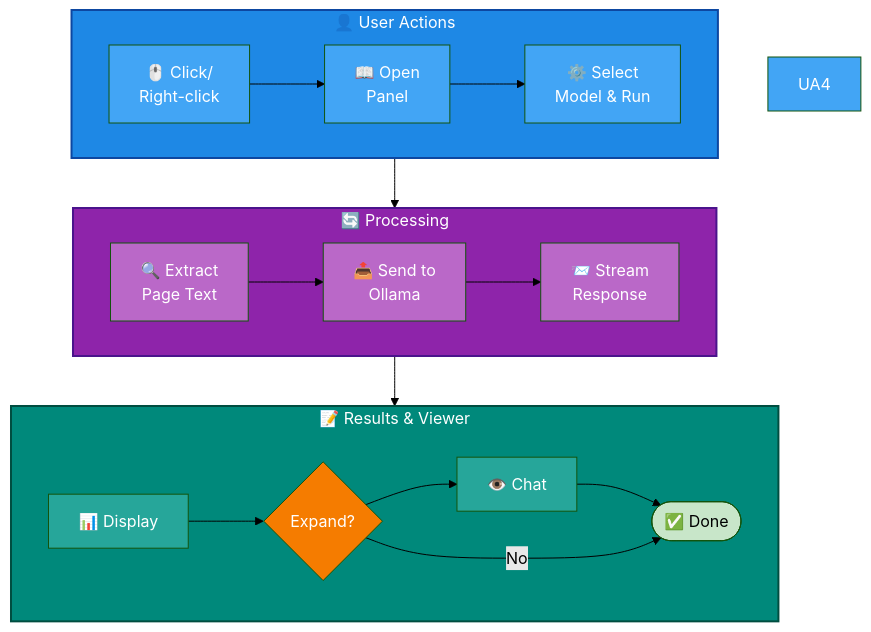
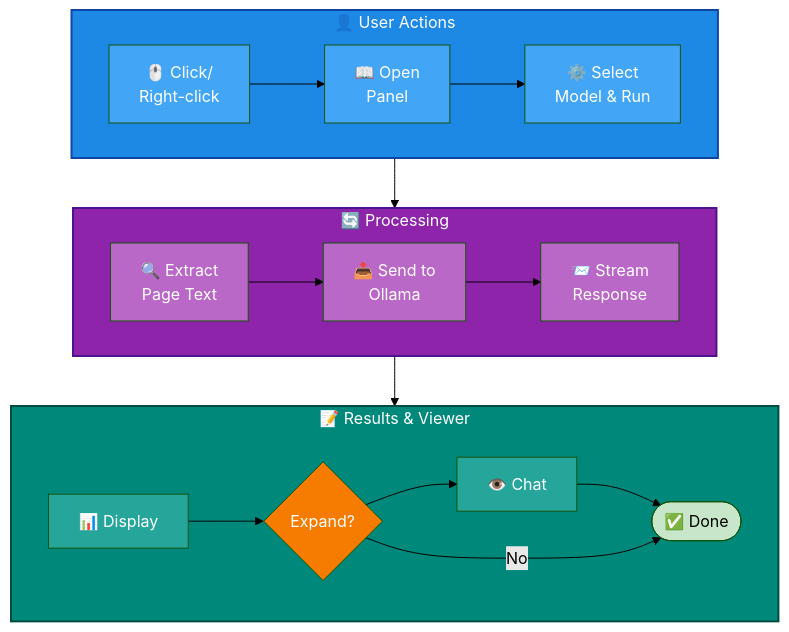
Before and after one commit to ioncat/llm-onpage-summarizer: the diagram in README.md, drawn with Mermaid (forest theme). The commit also changed other lines of this file, not shown here.

Commit message:
docs: remove stale UA4 style and leftover ### from diagram

````diff
--- a/README.md
+++ b/README.md
@@ -24,33 +24,32 @@
 ```mermaid
 graph TD
     subgraph UA["👤 User Actions"]
         UA1["🖱️ Click/<br/>Right-click"] --> UA2["📖 Open<br/>Panel"] --> UA3["⚙️ Select<br/>Model & Run"]
     end
 
     subgraph OL["🔄 Processing"]
         OL1["🔍 Extract<br/>Page Text"] --> OL2["📤 Send to<br/>Ollama"] --> OL3["📨 Stream<br/>Response"]
     end
 
     subgraph RES["📝 Results & Viewer"]
         RES1["📊 Display"] --> RES2{Expand?} --> RES3["👁️ Chat"] --> RES4([✅ Done])
         RES2 -->|No| RES4
     end
 
     UA --> OL
     OL --> RES
 
     style UA fill:#1e88e5,color:#fff,stroke:#0d47a1,stroke-width:2px
     style OL fill:#8e24aa,color:#fff,stroke:#4a148c,stroke-width:2px
     style RES fill:#00897b,color:#fff,stroke:#004d40,stroke-width:2px
     style UA1 fill:#42a5f5,color:#fff
     style UA2 fill:#42a5f5,color:#fff
     style UA3 fill:#42a5f5,color:#fff
-    style UA4 fill:#42a5f5,color:#fff
     style OL1 fill:#ba68c8,color:#fff
     style OL2 fill:#ba68c8,color:#fff
     style OL3 fill:#ba68c8,color:#fff
     style RES1 fill:#26a69a,color:#fff
     style RES2 fill:#f57c00,color:#fff
     style RES3 fill:#26a69a,color:#fff
     style RES4 fill:#c8e6c9,color:#000
 ```
````
